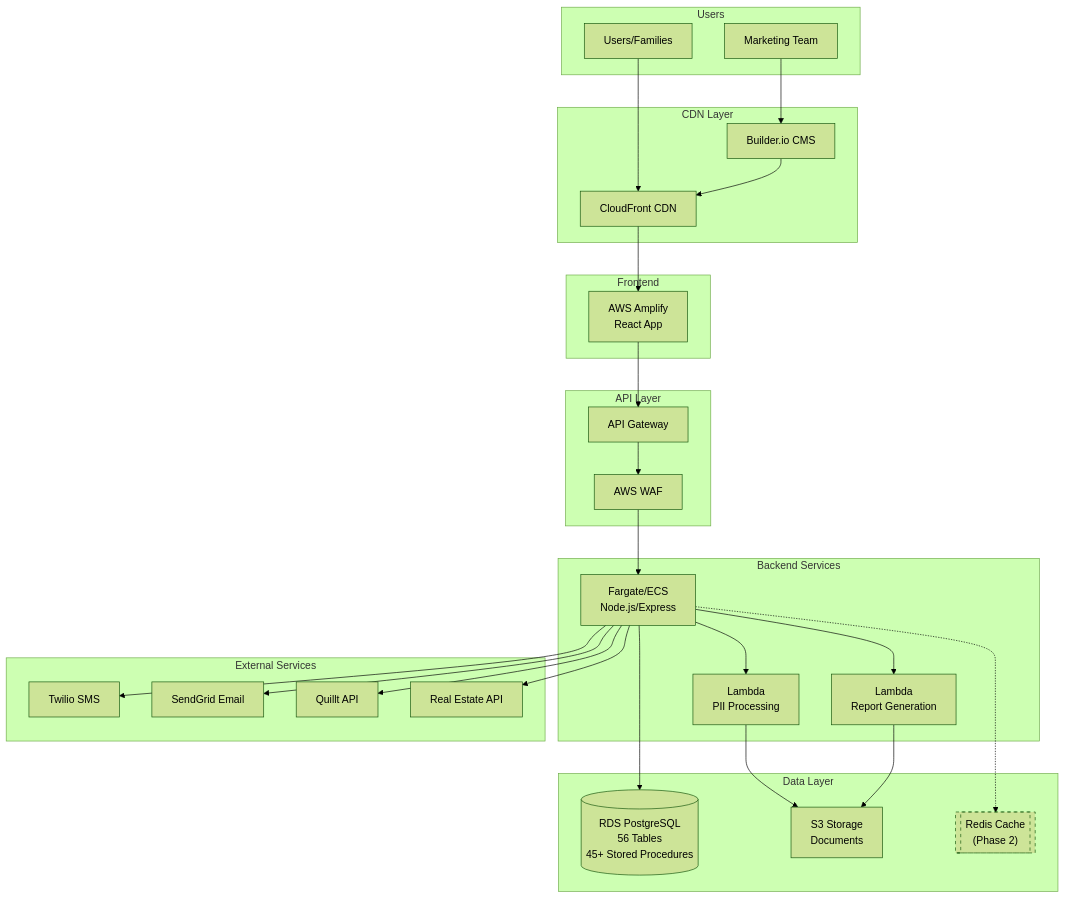
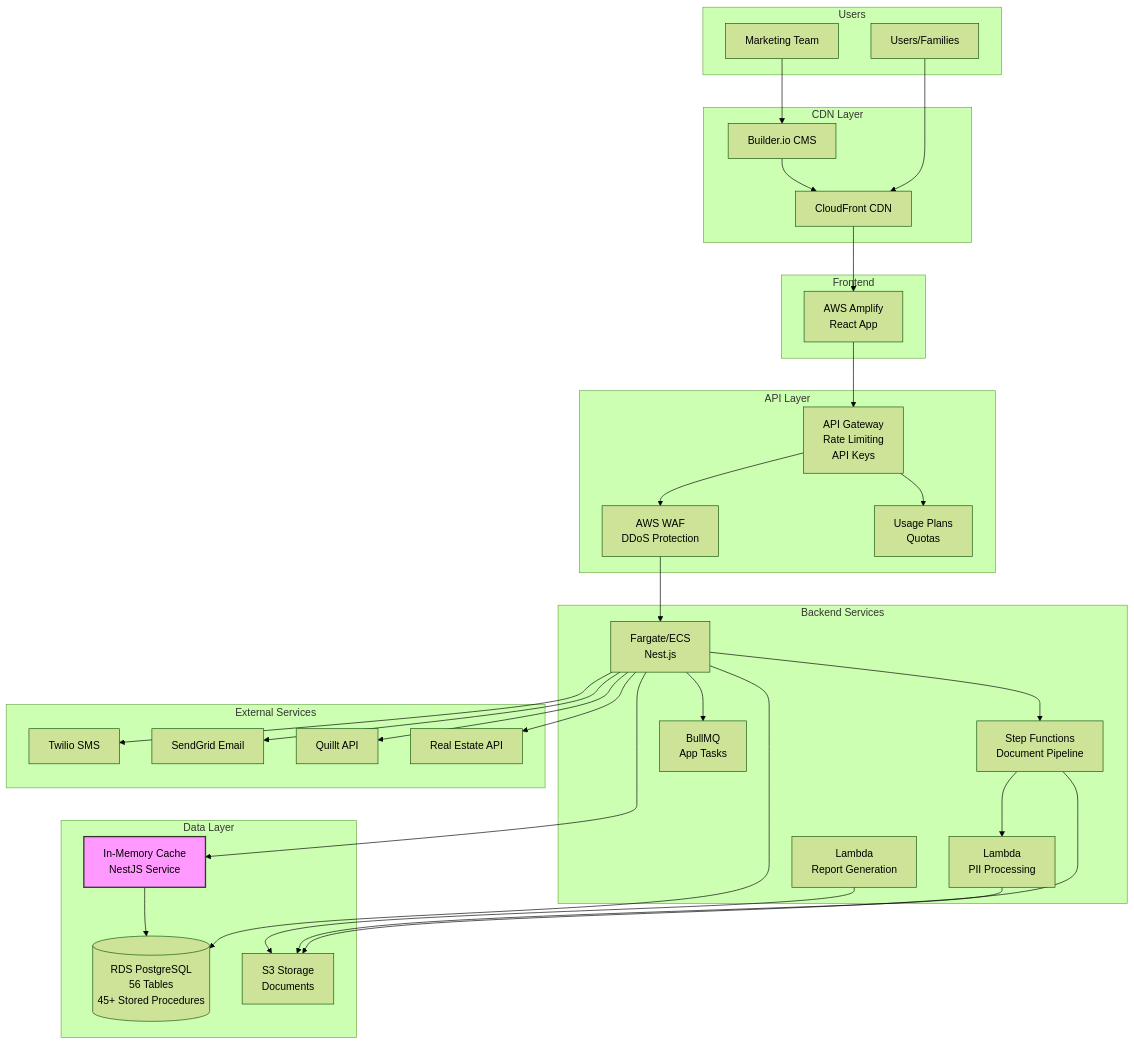
One commit to thseitz/FWD-INH changed the first of 2 diagrams in docs/architecture.md. Above: the diagram before and after it, drawn with Mermaid (forest theme). The commit also changed other lines of this file and 8 other files, not shown here.

First line of the commit message:
feat: complete database architecture overhaul and stored procedure fixes

````diff
--- a/docs/architecture.md
+++ b/docs/architecture.md
@@ -50,57 +51,64 @@
 ```mermaid
 graph TB
     subgraph "Users"
         U[Users/Families]
         M[Marketing Team]
     end
     
     subgraph "CDN Layer"
         CF[CloudFront CDN]
         B[Builder.io CMS]
     end
     
     subgraph "Frontend"
         AMP[AWS Amplify<br/>React App]
     end
     
     subgraph "API Layer"
-        AG[API Gateway]
-        WAF[AWS WAF]
+        AG[API Gateway<br/>Rate Limiting<br/>API Keys]
+        WAF[AWS WAF<br/>DDoS Protection]
+        USAGE[Usage Plans<br/>Quotas]
     end
     
     subgraph "Backend Services"
-        ECS[Fargate/ECS<br/>Node.js/Express]
+        ECS[Fargate/ECS<br/>Nest.js]
+        SF[Step Functions<br/>Document Pipeline]
         L1[Lambda<br/>PII Processing]
         L2[Lambda<br/>Report Generation]
+        BQ[BullMQ<br/>App Tasks]
     end
     
     subgraph "Data Layer"
         RDS[(RDS PostgreSQL<br/>56 Tables<br/>45+ Stored Procedures)]
         S3[S3 Storage<br/>Documents]
-        CACHE[["Redis Cache<br/>(Phase 2)"]]
+        MEM[In-Memory Cache<br/>NestJS Service]
     end
     
     subgraph "External Services"
         TW[Twilio SMS]
         SG[SendGrid Email]
         Q[Quillt API]
         RE[Real Estate API]
     end
     
     U --> CF --> AMP
     M --> B --> CF
     AMP --> AG
+    AG --> USAGE
     AG --> WAF --> ECS
     ECS --> RDS
-    ECS -.-> CACHE
-    ECS --> L1
-    ECS --> L2
+    ECS --> MEM
+    MEM --> RDS
+    ECS --> SF
+    SF --> L1
+    SF --> S3
+    ECS --> BQ
     L1 --> S3
     L2 --> S3
     ECS --> TW
     ECS --> SG
     ECS --> Q
     ECS --> RE
     
-    style CACHE stroke-dasharray: 5 5
+    style MEM fill:#f9f,stroke:#333,stroke-width:2px
 ```
````
